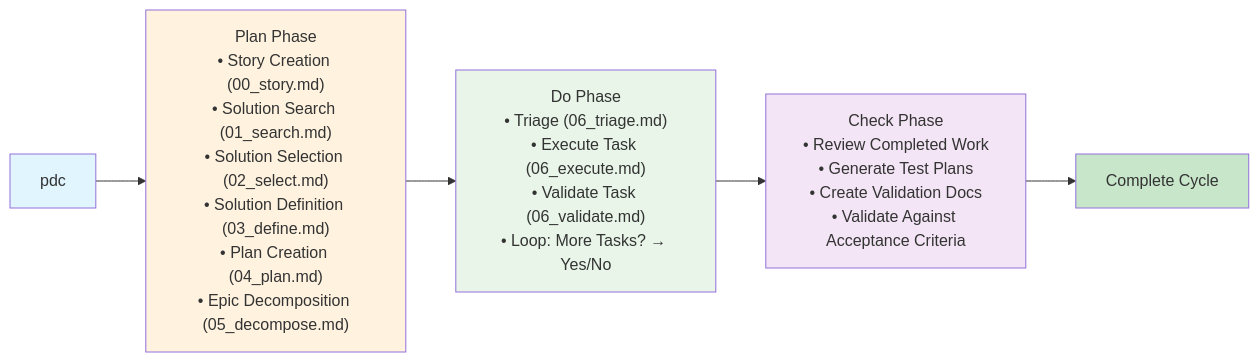
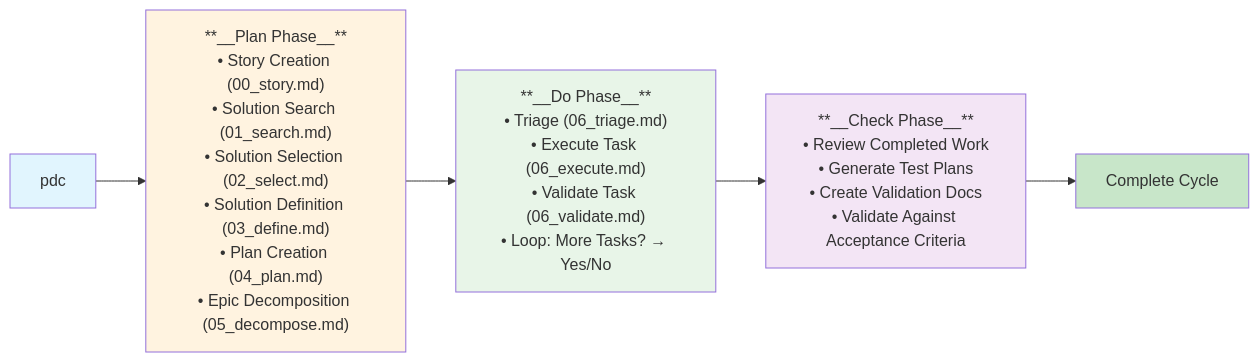
Before and after one commit to riazarbi/way: the diagram in README.md, drawn with Mermaid.

Commit message:
formatting

````diff
--- a/README.md
+++ b/README.md
@@ -43,14 +43,14 @@
 ```mermaid
 graph LR
-    A[pdc <user-story>] --> B["Plan Phase<br/>• Story Creation (00_story.md)<br/>• Solution Search (01_search.md)<br/>• Solution Selection (02_select.md)<br/>• Solution Definition (03_define.md)<br/>• Plan Creation (04_plan.md)<br/>• Epic Decomposition (05_decompose.md)"]
-    B --> C["Do Phase<br/>• Triage (06_triage.md)<br/>• Execute Task (06_execute.md)<br/>• Validate Task (06_validate.md)<br/>• Loop: More Tasks? → Yes/No"]
-    C --> D["Check Phase<br/>• Review Completed Work<br/>• Generate Test Plans<br/>• Create Validation Docs<br/>• Validate Against Acceptance Criteria"]
+    A[pdc <user-story>] --> B["**__Plan Phase__**<br/>• Story Creation (00_story.md)<br/>• Solution Search (01_search.md)<br/>• Solution Selection (02_select.md)<br/>• Solution Definition (03_define.md)<br/>• Plan Creation (04_plan.md)<br/>• Epic Decomposition (05_decompose.md)"]
+    B --> C["**__Do Phase__**<br/>• Triage (06_triage.md)<br/>• Execute Task (06_execute.md)<br/>• Validate Task (06_validate.md)<br/>• Loop: More Tasks? → Yes/No"]
+    C --> D["**__Check Phase__**<br/>• Review Completed Work<br/>• Generate Test Plans<br/>• Create Validation Docs<br/>• Validate Against Acceptance Criteria"]
     D --> E[Complete Cycle]
     
     %% Styling
     style A fill:#e1f5fe
     style B fill:#fff3e0
     style C fill:#e8f5e8
     style D fill:#f3e5f5
     style E fill:#c8e6c9
 ```
````
